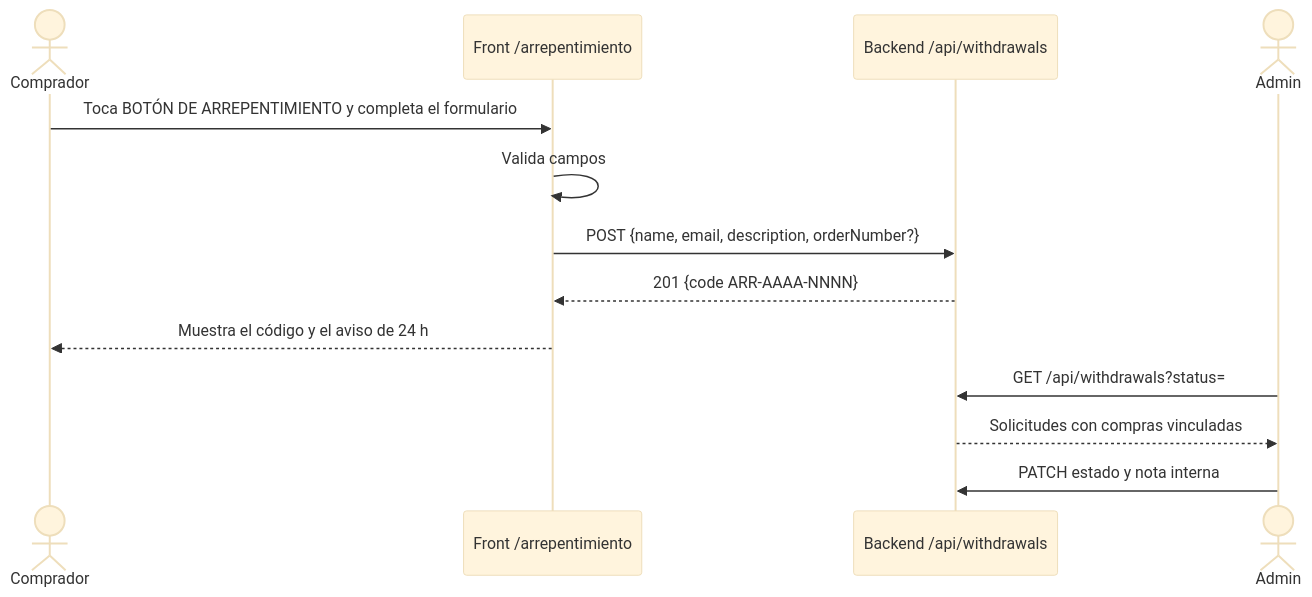
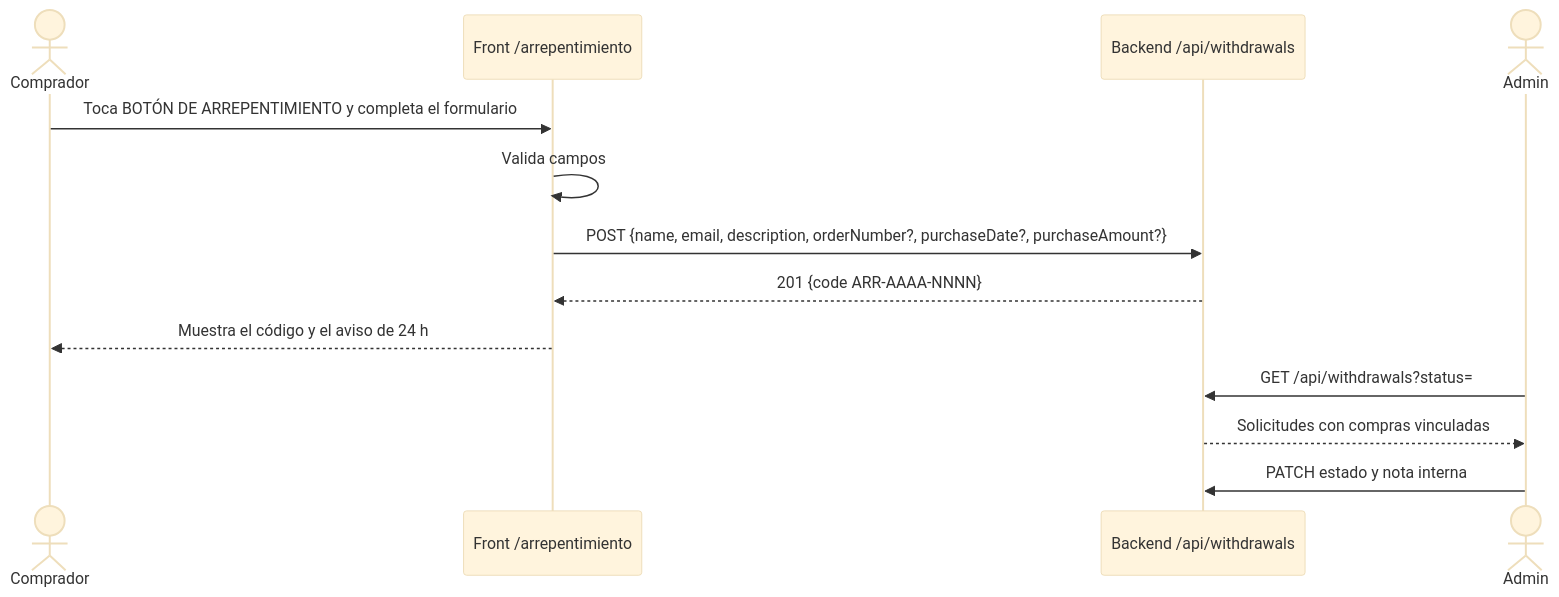
One commit to B-ayala/LIA-FRONT changed the diagram in docs/flows/flow-arrepentimiento.md. Above: the diagram before and after it, drawn with Mermaid (base theme). The commit also changed other lines of this file and 48 other files, not shown here.

````diff
--- a/docs/flows/flow-arrepentimiento.md
+++ b/docs/flows/flow-arrepentimiento.md
@@ -32,15 +32,15 @@
 ```mermaid
 sequenceDiagram
   actor C as Comprador
   participant F as Front /arrepentimiento
   participant B as Backend /api/withdrawals
   actor A as Admin
   C->>F: Toca BOTÓN DE ARREPENTIMIENTO y completa el formulario
   F->>F: Valida campos
-  F->>B: POST {name, email, description, orderNumber?}
+  F->>B: POST {name, email, description, orderNumber?, purchaseDate?, purchaseAmount?}
   B-->>F: 201 {code ARR-AAAA-NNNN}
   F-->>C: Muestra el código y el aviso de 24 h
   A->>B: GET /api/withdrawals?status=
   B-->>A: Solicitudes con compras vinculadas
   A->>B: PATCH estado y nota interna
 ```
````
